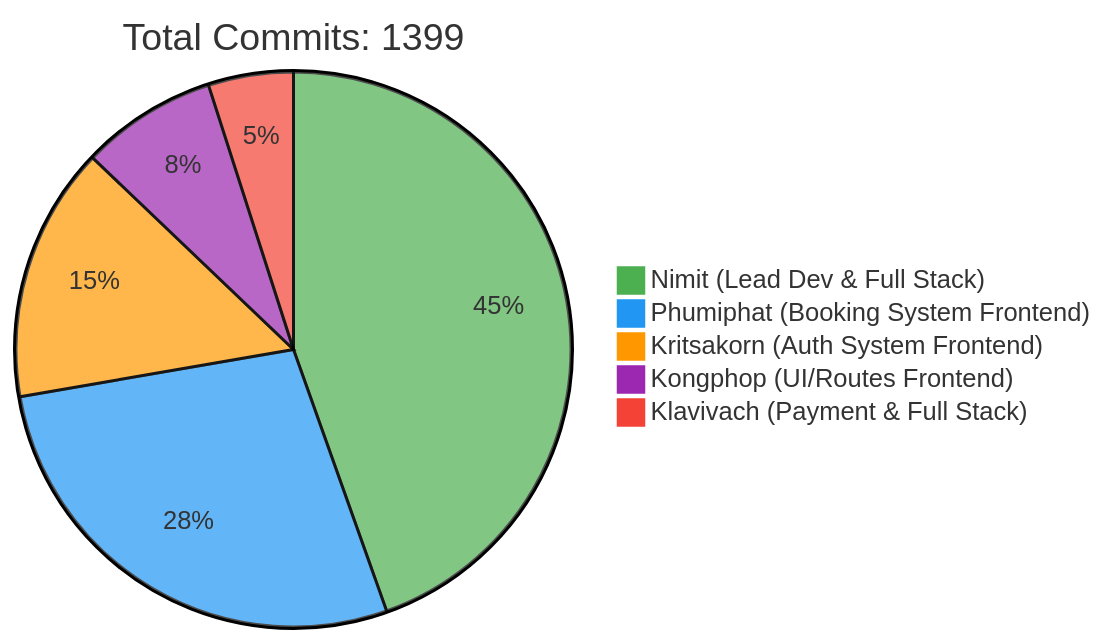
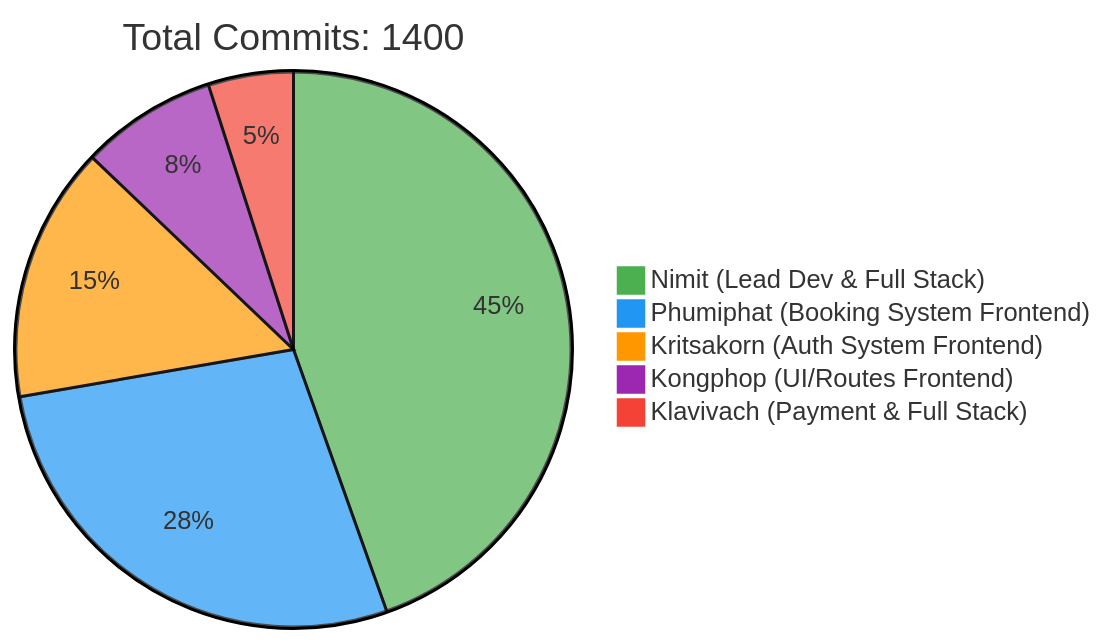
Before and after one commit to 6531503042/Sport-Complex: the first of 2 diagrams in README.md, drawn with Mermaid. The commit also changed other lines of this file, not shown here.

Commit message:
docs: Update contributor statistics [skip ci]

````diff
--- a/README.md
+++ b/README.md
@@ -257,10 +257,10 @@
 ```mermaid
 %%{init: {'theme': 'base', 'themeVariables': { 'pie1': '#4CAF50', 'pie2': '#2196F3', 'pie3': '#FF9800', 'pie4': '#9C27B0', 'pie5': '#F44336'}}}%%
 pie
-    title Total Commits: 1399
+    title Total Commits: 1400
     "Nimit (Lead Dev & Full Stack)" : 450
     "Phumiphat (Booking System Frontend)" : 280
     "Kritsakorn (Auth System Frontend)" : 150
     "Kongphop (UI/Routes Frontend)" : 80
     "Klavivach (Payment & Full Stack)" : 50
 ```
````
